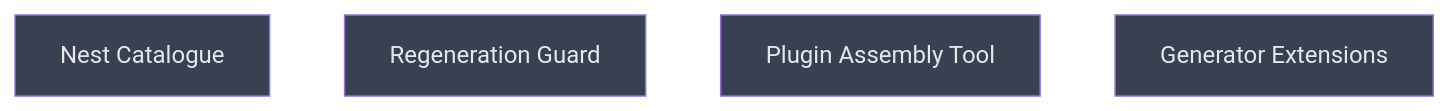
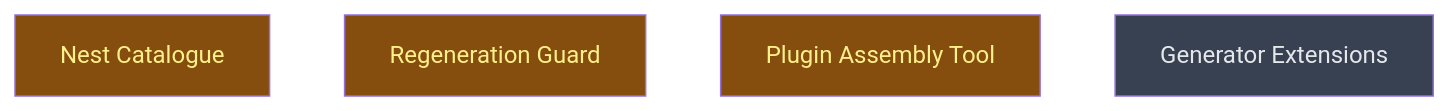
The diagram in __roadmap__/agent_plugin_nest/README.md (CrackingShells/cracking-shells-playbook), drawn with Mermaid before and after one commit. The commit also changed other lines of this file, not shown here.

Commit message:
chore(roadmap): mark the agent_plugin_nest level-0 leaves in progress

````diff
--- a/__roadmap__/agent_plugin_nest/README.md
+++ b/__roadmap__/agent_plugin_nest/README.md
@@ -37,12 +37,12 @@
 ```mermaid
 graph TD
-    nest_catalogue[Nest Catalogue]:::planned
-    regeneration_guard[Regeneration Guard]:::planned
-    plugin_assembly_tool[Plugin Assembly Tool]:::planned
+    nest_catalogue[Nest Catalogue]:::inprogress
+    regeneration_guard[Regeneration Guard]:::inprogress
+    plugin_assembly_tool[Plugin Assembly Tool]:::inprogress
     generator[Generator Extensions]:::planned
     classDef done       fill:#166534,color:#bbf7d0
     classDef inprogress fill:#854d0e,color:#fef08a
     classDef planned    fill:#374151,color:#e5e7eb
     classDef amendment  fill:#1e3a5f,color:#bfdbfe
     classDef blocked    fill:#7f1d1d,color:#fecaca
 ```
````
